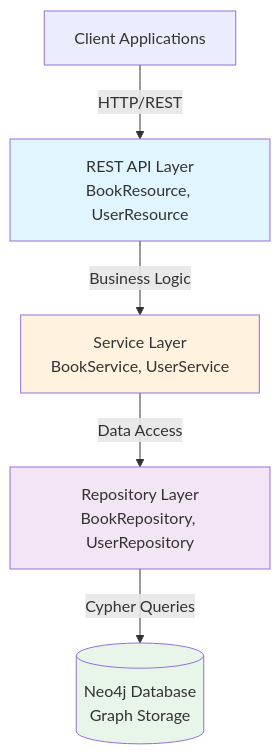
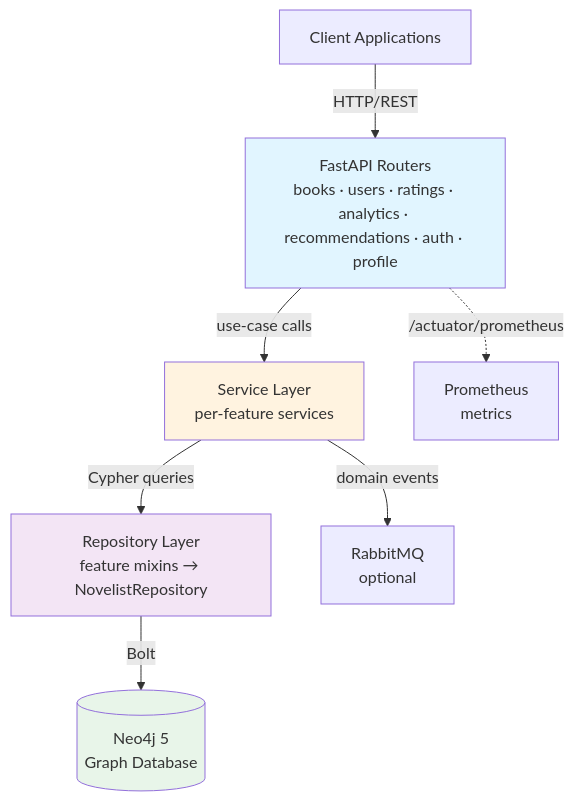
Before and after one commit to princenitc/Novelist: the first of 3 diagrams in spec/ARCHITECTURE.md, drawn with Mermaid. The commit also changed other lines of this file and 87 other files, not shown here.

````diff
--- a/spec/ARCHITECTURE.md
+++ b/spec/ARCHITECTURE.md
@@ -33,18 +32,22 @@
 ```mermaid
 graph TB
     Client[Client Applications]
-    API[REST API Layer<br/>BookResource, UserResource]
-    Service[Service Layer<br/>BookService, UserService]
-    Repo[Repository Layer<br/>BookRepository, UserRepository]
-    Neo4j[(Neo4j Database<br/>Graph Storage)]
-    
+    API[FastAPI Routers<br/>books · users · ratings · analytics · recommendations · auth · profile]
+    Service[Service Layer<br/>per-feature services]
+    Repo[Repository Layer<br/>feature mixins → NovelistRepository]
+    Neo4j[(Neo4j 5<br/>Graph Database)]
+    MQ[RabbitMQ<br/>optional]
+    Prometheus[Prometheus<br/>metrics]
+
     Client -->|HTTP/REST| API
-    API -->|Business Logic| Service
-    Service -->|Data Access| Repo
-    Repo -->|Cypher Queries| Neo4j
-    
+    API -->|use-case calls| Service
+    Service -->|Cypher queries| Repo
+    Repo -->|Bolt| Neo4j
+    Service -->|domain events| MQ
+    API -.->|/actuator/prometheus| Prometheus
+
     style API fill:#e1f5ff
     style Service fill:#fff3e0
     style Repo fill:#f3e5f5
     style Neo4j fill:#e8f5e9
 ```
````
